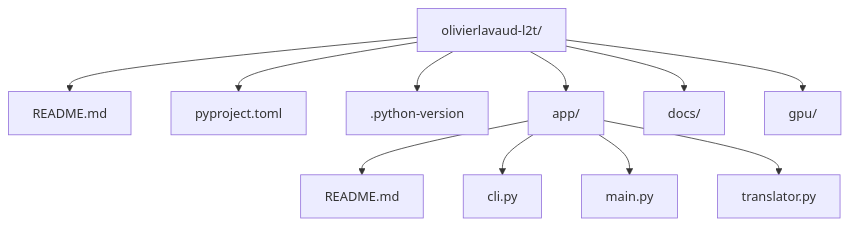
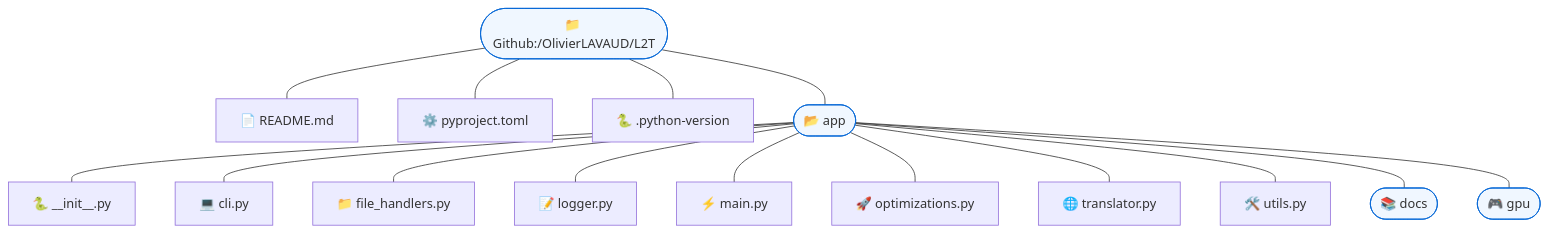
Before and after one commit to OlivierLAVAUD/L2T: the first of 2 diagrams in README.md, drawn with Mermaid.

````diff
--- a/README.md
+++ b/README.md
@@ -19,21 +18,25 @@
 ```mermaid
 flowchart TD
     direction TB
+
+    root(["📁 Github:/OlivierLAVAUD/L2T"]):::folder
+    root --- F1["📄 README.md"]
+    root --- F2["⚙️ pyproject.toml"]
+    root --- F3["🐍 .python-version"]
     
-    root["olivierlavaud-l2t/"] --> README["README.md"]
-    root --> pyproject["pyproject.toml"]
-    root --> python_version[".python-version"]
+    root --- app(["📂 app"]):::folder
+    app --- A1["🐍 __init__.py"]
+    app --- A2["💻 cli.py"]
+    app --- A3["📁 file_handlers.py"]
+    app--- A4["📝 logger.py"]
+    app --- A5["⚡ main.py"]
+    app --- A6["🚀 optimizations.py"]
+    app --- A7["🌐 translator.py"]
+    app --- A8["🛠️ utils.py"]
     
-    root --> app["app/"]
-    app --> app_readme["README.md"]
-    app --> cli["cli.py"]
-    app --> main["main.py"]
-    app --> translator["translator.py"]
-    
-    root --> docs["docs/"]
-    root --> gpu["gpu/"]
-    
-    %% Tous les noeuds alignés à gauche
-    class allNodes text-align:left
-    classDef allNodes text-align:left
+    app --- docs(["📚 docs"]):::folder
+    app --- gpu(["🎮 gpu"]):::folder
+
+    classDef folder fill:#f0f7ff,stroke:#0366d6
+    class root,app,docs,gpu folder
 ```
````
